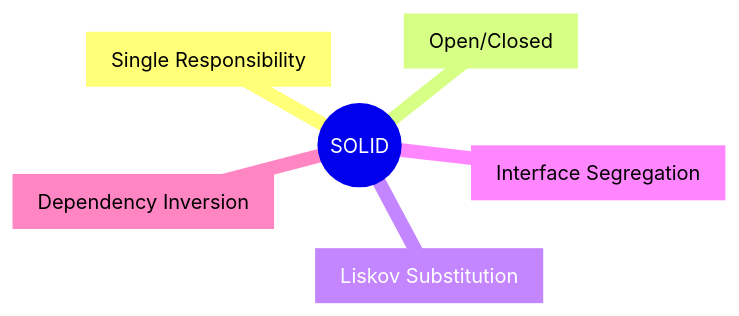
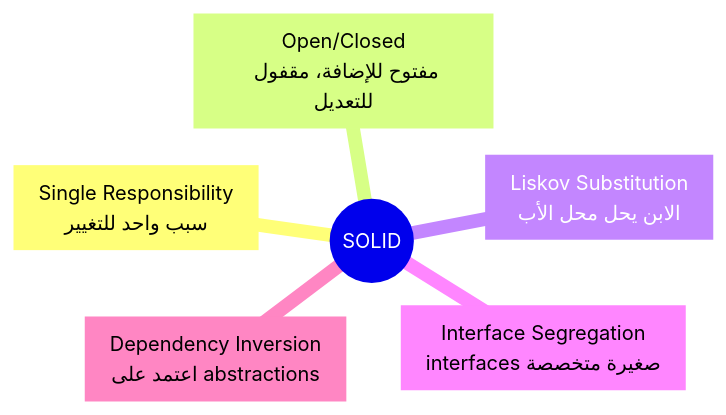
The eighth of 10 diagrams in interviews/01-oop.md (muhammad-khaled-tech/My-Study-Notes), drawn with Mermaid before and after one commit. The commit also changed other lines of this file and 1 other file, not shown here.

````diff
--- a/interviews/01-oop.md
+++ b/interviews/01-oop.md
@@ -1130,9 +1872,9 @@
 ```mermaid
 mindmap
   root(("SOLID"))
-    S["Single Responsibility"]
-    O["Open/Closed"]
-    L["Liskov Substitution"]
-    I["Interface Segregation"]
-    D["Dependency Inversion"]
+    S["Single Responsibility<br/>سبب واحد للتغيير"]
+    O["Open/Closed<br/>مفتوح للإضافة، مقفول للتعديل"]
+    L["Liskov Substitution<br/>الابن يحل محل الأب"]
+    I["Interface Segregation<br/>interfaces صغيرة متخصصة"]
+    D["Dependency Inversion<br/>اعتمد على abstractions"]
 ```
````
